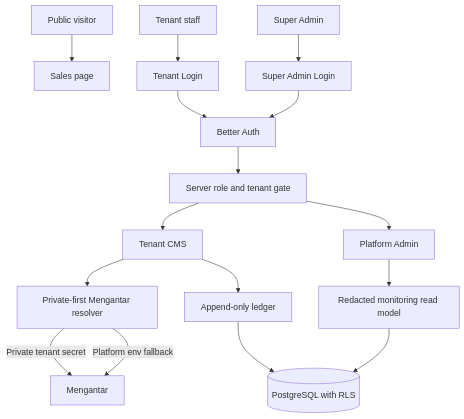
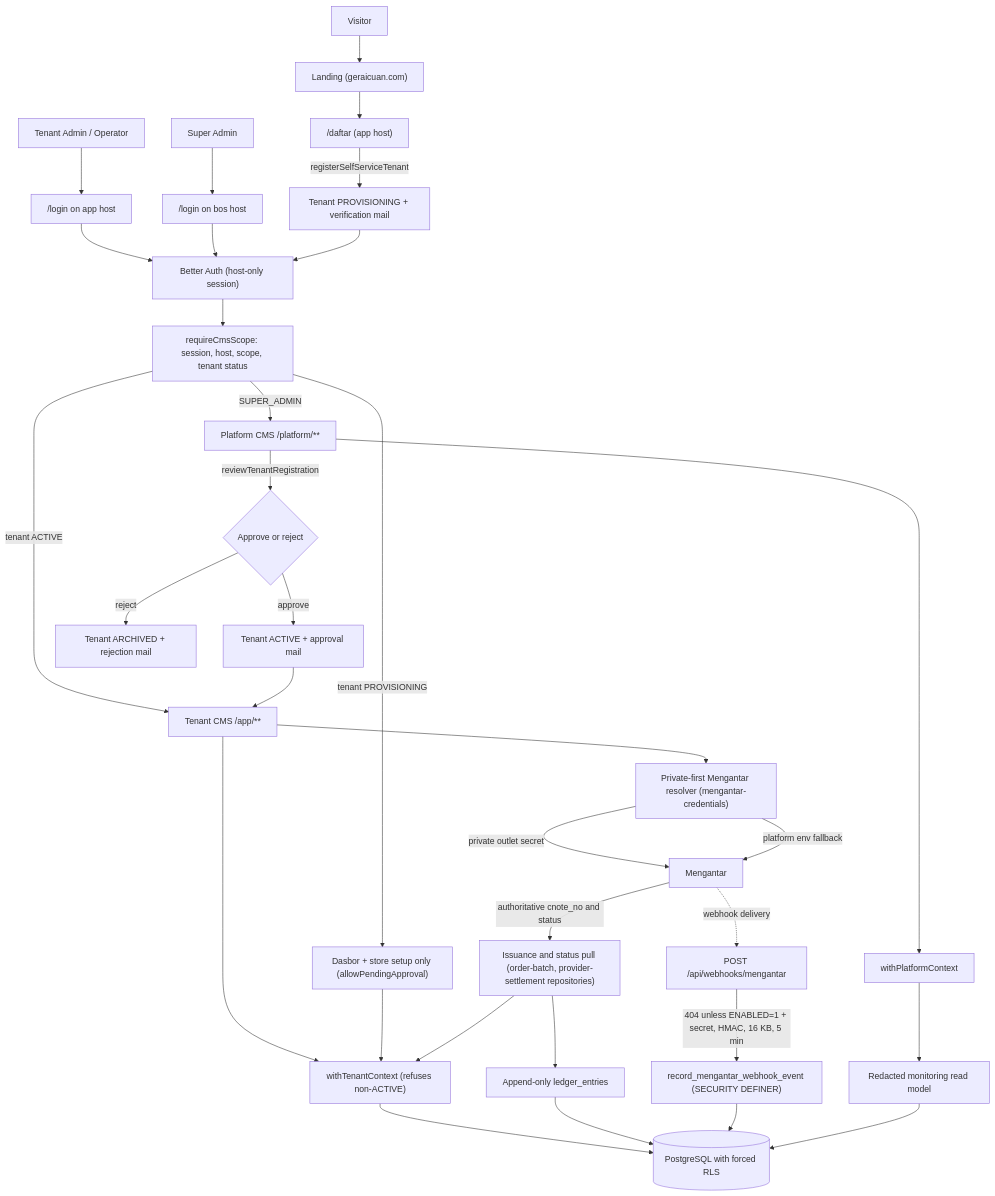
The third of 3 diagrams in docs/spec/04-SYSTEM-ARCHITECTURE.md (ongkipro/geraicuan), drawn with Mermaid before and after one commit. The commit also changed other lines of this file and 13 other files, not shown here.

First line of the commit message:
docs: reconcile architecture, data model, system map and queue with the v3 tree (T-276)

````diff
--- a/docs/spec/04-SYSTEM-ARCHITECTURE.md
+++ b/docs/spec/04-SYSTEM-ARCHITECTURE.md
@@ -36,18 +111,35 @@
 ```mermaid
 flowchart TD
-    Visitor[Public visitor] --> Sales[Sales page]
-    Staff[Tenant staff] --> TenantLogin[Tenant Login]
-    Platform[Super Admin] --> AdminLogin[Super Admin Login]
-    TenantLogin --> Auth[Better Auth]
+    Visitor["Visitor"] --> Landing["Landing (geraicuan.com)"]
+    Landing --> Daftar["/daftar (app host)"]
+    Daftar -->|"registerSelfServiceTenant"| Provisioning["Tenant PROVISIONING + verification mail"]
+    Staff["Tenant Admin / Operator"] --> TenantLogin["/login on app host"]
+    Platform["Super Admin"] --> AdminLogin["/login on bos host"]
+    TenantLogin --> Auth["Better Auth (host-only session)"]
     AdminLogin --> Auth
-    Auth --> Gate[Server role and tenant gate]
-    Gate --> TenantCMS[Tenant CMS]
-    Gate --> PlatformCMS[Platform Admin]
-    TenantCMS --> Resolver[Private-first Mengantar resolver]
-    Resolver -->|Private tenant secret| Provider[Mengantar]
-    Resolver -->|Platform env fallback| Provider
-    TenantCMS --> Ledger[Append-only ledger]
-    PlatformCMS --> Metrics[Redacted monitoring read model]
-    Ledger --> Postgres[(PostgreSQL with RLS)]
+    Provisioning --> Auth
+    Auth --> Gate["requireCmsScope: session, host, scope, tenant status"]
+    Gate -->|"tenant ACTIVE"| TenantCMS["Tenant CMS /app/**"]
+    Gate -->|"tenant PROVISIONING"| Setup["Dasbor + store setup only (allowPendingApproval)"]
+    Gate -->|"SUPER_ADMIN"| PlatformCMS["Platform CMS /platform/**"]
+    PlatformCMS -->|"reviewTenantRegistration"| Review{"Approve or reject"}
+    Review -->|"approve"| Active["Tenant ACTIVE + approval mail"]
+    Review -->|"reject"| Archived["Tenant ARCHIVED + rejection mail"]
+    Active --> TenantCMS
+    TenantCMS --> TenantCtx["withTenantContext (refuses non-ACTIVE)"]
+    Setup --> TenantCtx
+    TenantCMS --> Resolver["Private-first Mengantar resolver (mengantar-credentials)"]
+    Resolver -->|"private outlet secret"| Provider["Mengantar"]
+    Resolver -->|"platform env fallback"| Provider
+    Provider -->|"authoritative cnote_no and status"| Issuance["Issuance and status pull (order-batch, provider-settlement repositories)"]
+    Issuance --> TenantCtx
+    Issuance --> Ledger["Append-only ledger_entries"]
+    Webhook["POST /api/webhooks/mengantar"] -->|"404 unless ENABLED=1 + secret, HMAC, 16 KB, 5 min"| Definer["record_mengantar_webhook_event (SECURITY DEFINER)"]
+    Provider -.->|"webhook delivery"| Webhook
+    PlatformCMS --> PlatformCtx["withPlatformContext"]
+    PlatformCtx --> Metrics["Redacted monitoring read model"]
+    TenantCtx --> Postgres[("PostgreSQL with forced RLS")]
+    Ledger --> Postgres
+    Definer --> Postgres
     Metrics --> Postgres
 ```
````
